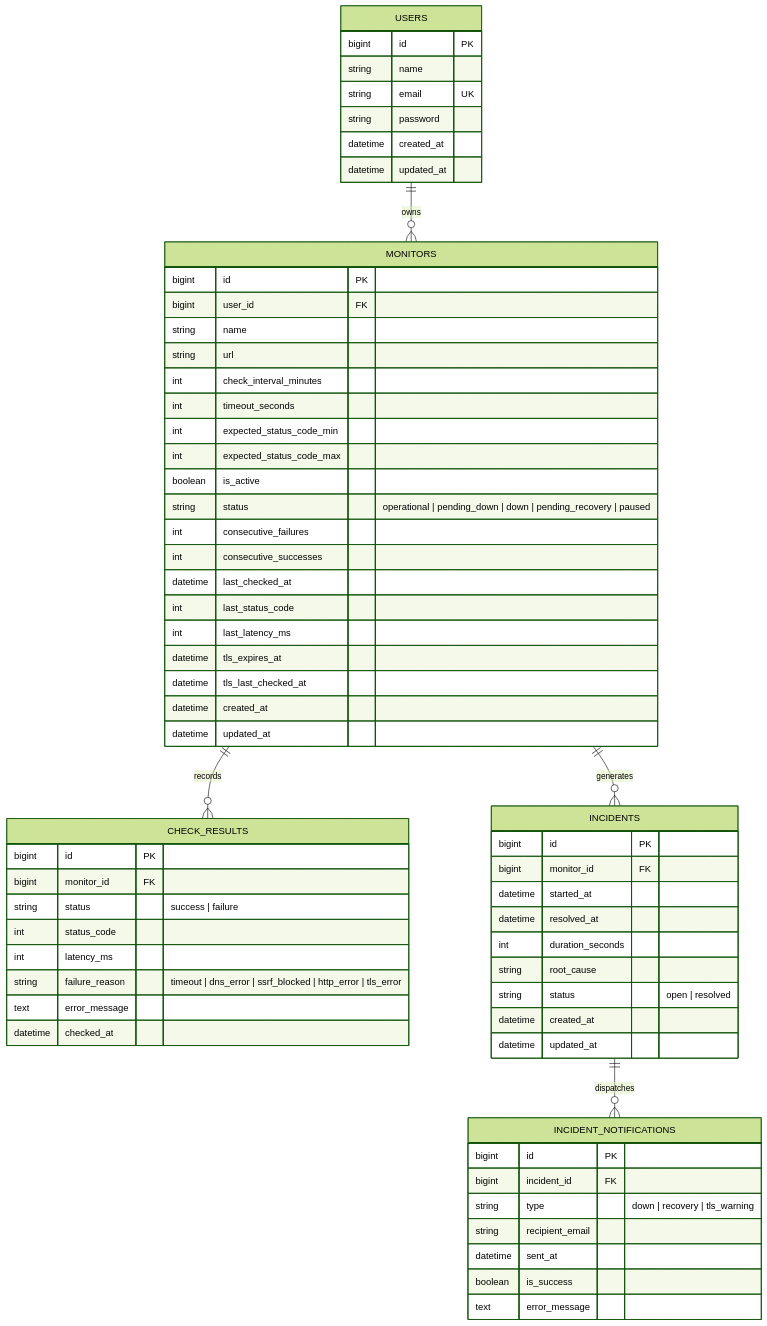
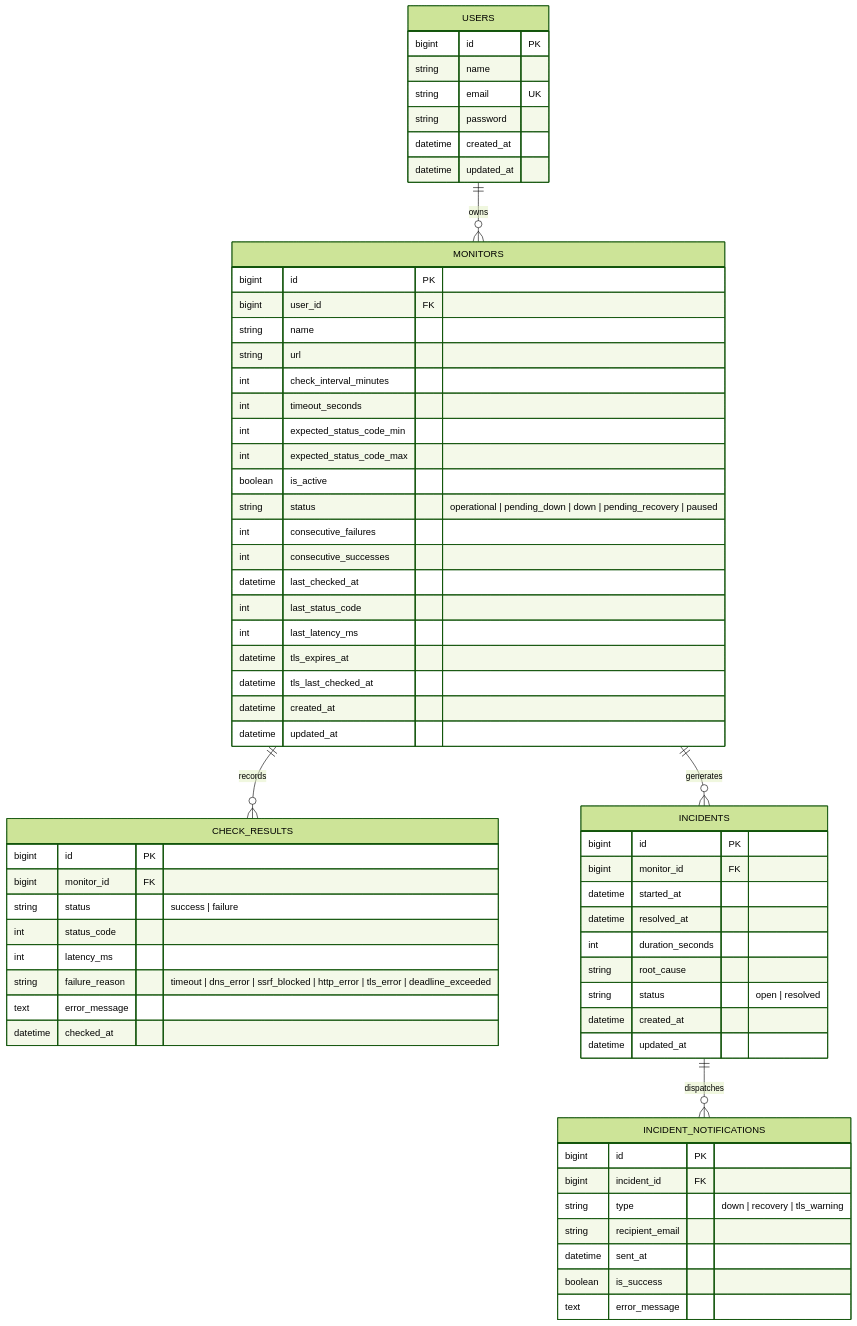
The second of 2 diagrams in docs/ARCHITECTURE.md (ayjed/SitePulse), drawn with Mermaid (forest theme) before and after one commit. The commit also changed other lines of this file and 9 other files, not shown here.

Commit message:
docs: initialize phase 00 planning documents and architecture specifications

````diff
--- a/docs/ARCHITECTURE.md
+++ b/docs/ARCHITECTURE.md
@@ -121,71 +127,71 @@
 ```mermaid
 erDiagram
     USERS ||--o{ MONITORS : owns
     MONITORS ||--o{ CHECK_RESULTS : records
     MONITORS ||--o{ INCIDENTS : generates
     INCIDENTS ||--o{ INCIDENT_NOTIFICATIONS : dispatches
 
     USERS {
         bigint id PK
         string name
         string email UK
         string password
         datetime created_at
         datetime updated_at
     }
 
     MONITORS {
         bigint id PK
         bigint user_id FK
         string name
         string url
         int check_interval_minutes
         int timeout_seconds
         int expected_status_code_min
         int expected_status_code_max
         boolean is_active
         string status "operational | pending_down | down | pending_recovery | paused"
         int consecutive_failures
         int consecutive_successes
         datetime last_checked_at
         int last_status_code
         int last_latency_ms
         datetime tls_expires_at
         datetime tls_last_checked_at
         datetime created_at
         datetime updated_at
     }
 
     CHECK_RESULTS {
         bigint id PK
         bigint monitor_id FK
         string status "success | failure"
         int status_code
         int latency_ms
-        string failure_reason "timeout | dns_error | ssrf_blocked | http_error | tls_error"
+        string failure_reason "timeout | dns_error | ssrf_blocked | http_error | tls_error | deadline_exceeded"
         text error_message
         datetime checked_at
     }
 
     INCIDENTS {
         bigint id PK
         bigint monitor_id FK
         datetime started_at
         datetime resolved_at
         int duration_seconds
         string root_cause
         string status "open | resolved"
         datetime created_at
         datetime updated_at
     }
 
     INCIDENT_NOTIFICATIONS {
         bigint id PK
         bigint incident_id FK
         string type "down | recovery | tls_warning"
         string recipient_email
         datetime sent_at
         boolean is_success
         text error_message
     }
 ```
````
